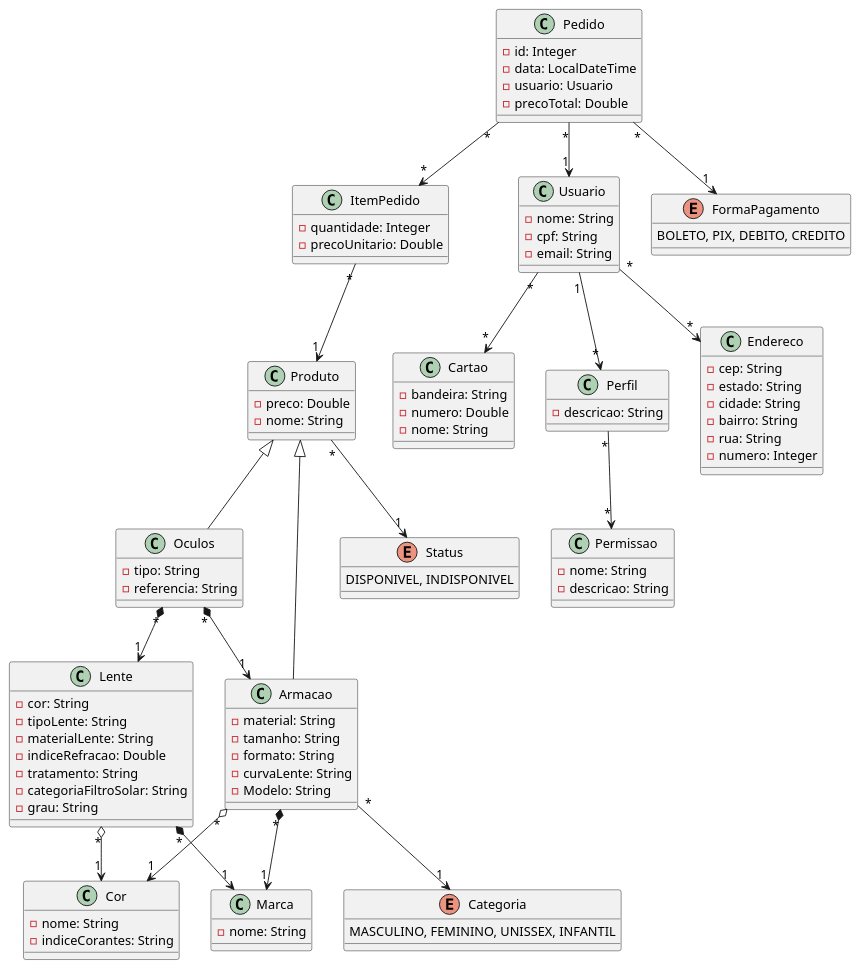
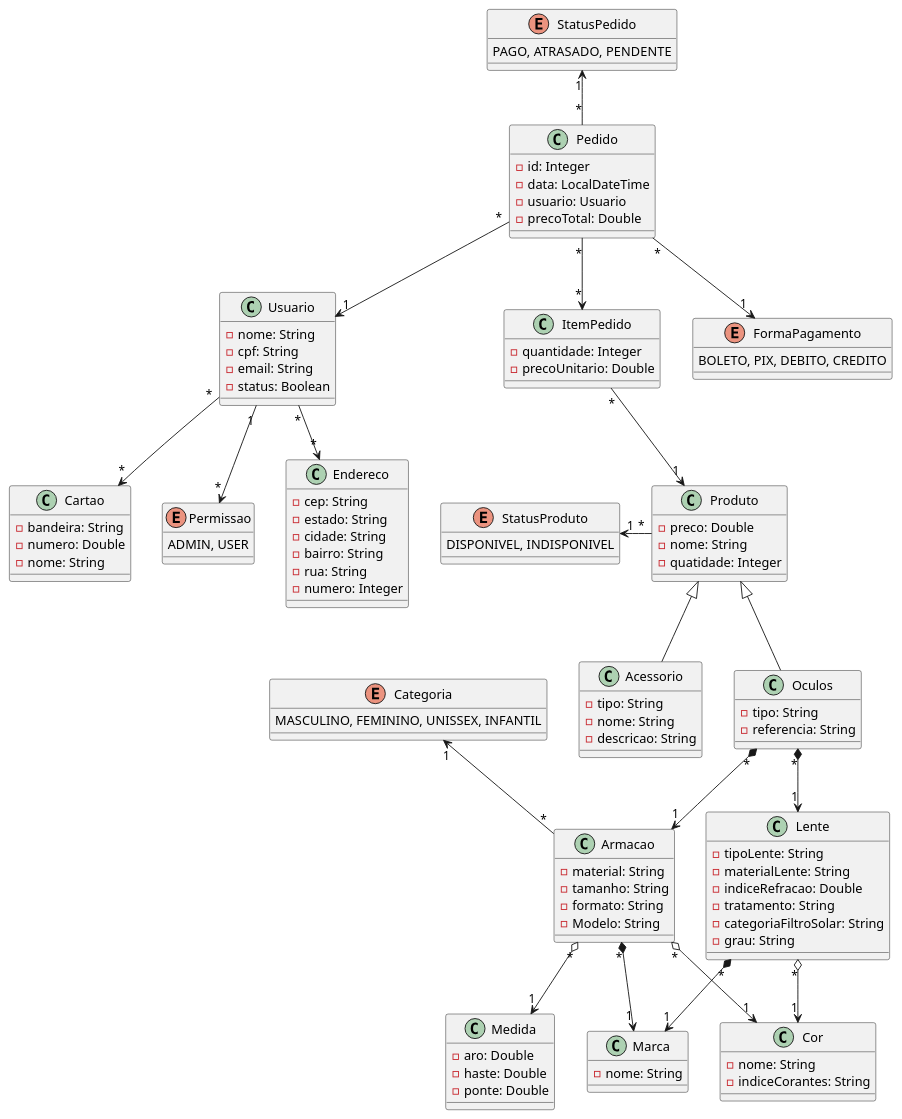
The diagram in uml/otica.puml (ja1vctr/TP1-otica-quarkus), drawn with PlantUML before and after one commit. The commit also changed 52 other files, not shown here.

```diff
--- a/uml/otica.puml
+++ b/uml/otica.puml
@@ -1,112 +1,126 @@
 @startuml
 'https://plantuml.com/class-diagram
+
+class Produto {
+    - preco: Double
+    - nome: String
+    - quatidade: Integer
+}
 
 class Oculos extends Produto {
     - tipo: String
     - referencia: String
 }
 
+class Acessorio extends Produto {
+    - tipo: String
+    - nome: String
+    - descricao: String
+}
+
+class Armacao {
+    - material: String
+    - tamanho: String
+    - formato: String
+    - Modelo: String
+}
+
+class Medida {
+    - aro: Double
+    - haste: Double
+    - ponte: Double
+}
+
 class Lente {
-    - cor: String
     - tipoLente: String
     - materialLente: String
     - indiceRefracao: Double
     - tratamento: String
     - categoriaFiltroSolar: String
     - grau: String
 }
 
-class Armacao extends Produto{
-    - material: String
-    - tamanho: String
-    - formato: String
-    - curvaLente: String
-    - Modelo: String
-}
-enum Status {
+enum StatusProduto {
     DISPONIVEL, INDISPONIVEL
 }
 
 class Cor {
     - nome: String
     - indiceCorantes: String
 }
 
 enum Categoria {
     MASCULINO, FEMININO, UNISSEX, INFANTIL
 }
 
 class Usuario {
     - nome: String
     - cpf: String
     - email: String
+    - status: Boolean
 }
 
 class Cartao{
     - bandeira: String
     - numero: Double
     - nome: String
 }
 
-class Perfil {
-    - descricao: String
-}
-
-class Permissao {
-    - nome: String
-    - descricao: String
-}
-class Produto {
-    - preco: Double
-    - nome: String
+Enum Permissao {
+    ADMIN, USER
 }
 
 class Pedido {
     - id: Integer
     - data: LocalDateTime
     - usuario: Usuario
     - precoTotal: Double
+}
+
+enum StatusPedido {
+    PAGO, ATRASADO, PENDENTE
 }
 
 enum FormaPagamento {
     BOLETO, PIX, DEBITO, CREDITO
 }
 
 class ItemPedido {
     - quantidade: Integer
     - precoUnitario: Double
 }
 
 class Marca {
     - nome: String
 }
 
 class Endereco {
     - cep: String
     - estado: String
     - cidade: String
     - bairro: String
     - rua: String
     - numero: Integer
 }
 
-Pedido     "*" --> "1" Usuario
-Pedido     "*" --> "*" ItemPedido
-Pedido     "*" --> "1" FormaPagamento
-ItemPedido "*" --> "1" Produto
-Produto    "*" --> "1" Status
+Pedido     "*" -->   "1" Usuario
+Pedido     "*" -->   "*" ItemPedido
+Pedido     "*" -->   "1" FormaPagamento
+Pedido     "*" -up-> "1" StatusPedido
+ItemPedido "*" -->   "1" Produto
+Produto    "*" -left->   "1" StatusProduto
 
-Armacao    "*" --> "1" Categoria
-Armacao    "*" *--> "1" Marca
-Armacao    "*" o--> "1" Cor
-Lente      "*" *--> "1" Marca
-Lente      "*" o--> "1" Cor
-Oculos     "*" *--> "1" Armacao
-Oculos     "*" *--> "1" Lente
+Armacao    "*" -up->   "1" Categoria
+Armacao    "*" *-->  "1" Marca
+Armacao    "*" o-->  "1" Cor
+Armacao    "*" o-->  "1" Medida
+Lente      "*" *-->  "1" Marca
+Lente      "*" o-->  "1" Cor
+Oculos     "*" *-->  "1" Armacao
+Oculos     "*" *-->  "1" Lente
 
-Perfil     "*" --> "*" Permissao
-Usuario    "1" --> "*" Perfil
-Usuario    "*" --> "*" Endereco
-Usuario    "*" --> "*" Cartao
+Usuario    "1" -->   "*" Permissao
+Usuario    "*" -->   "*" Endereco
+Usuario    "*" -->   "*" Cartao
 
 @enduml
```
